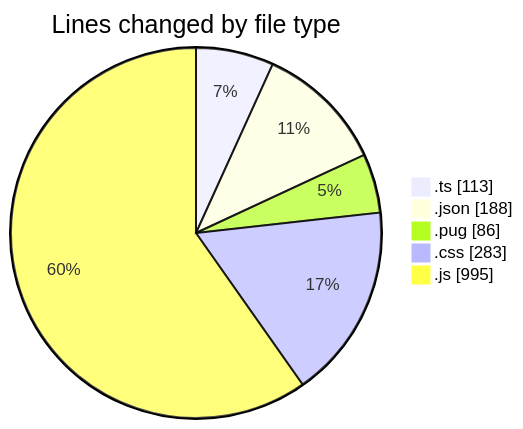
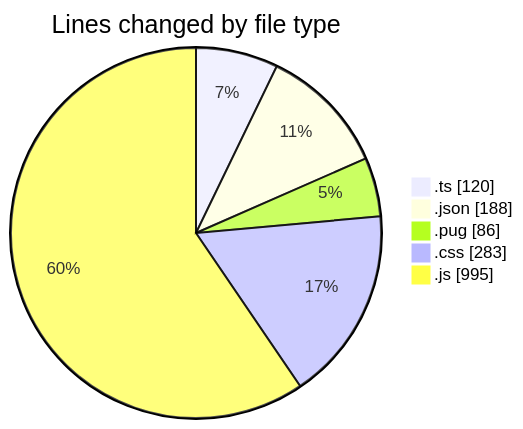
The first of 2 diagrams in 2025-02-24/cda/README.md (momahboobian/code-tracking), drawn with Mermaid before and after one commit. The commit also changed other lines of this file and 1 other file, not shown here.

````diff
--- a/2025-02-24/cda/README.md
+++ b/2025-02-24/cda/README.md
@@ -34,9 +34,9 @@
 ```mermaid
 pie showData
 title Lines changed by file type
-".ts" : 113
+".ts" : 120
 ".json" : 188
 ".pug" : 86
 ".css" : 283
 ".js" : 995
 ```
````
